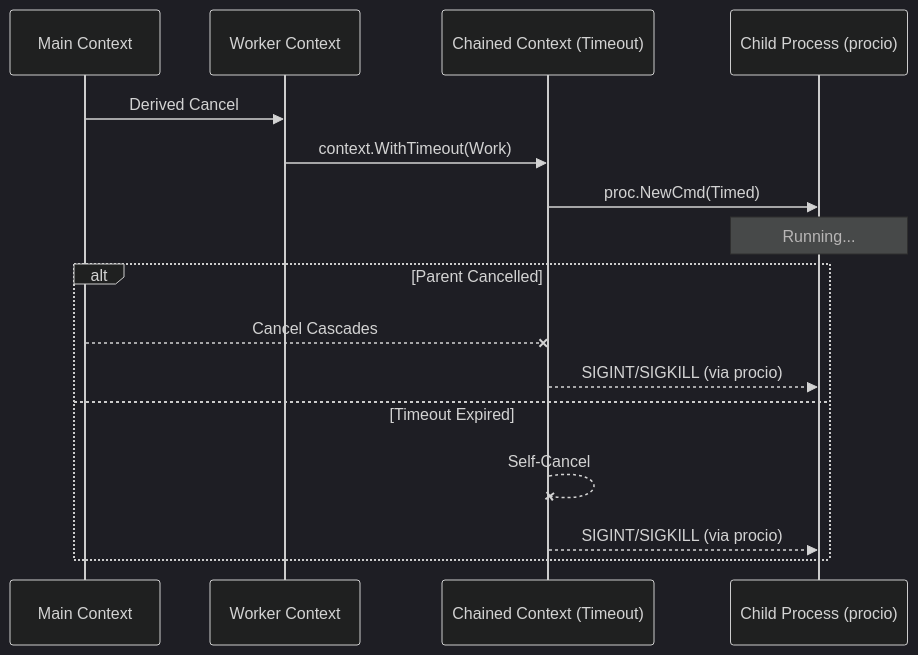
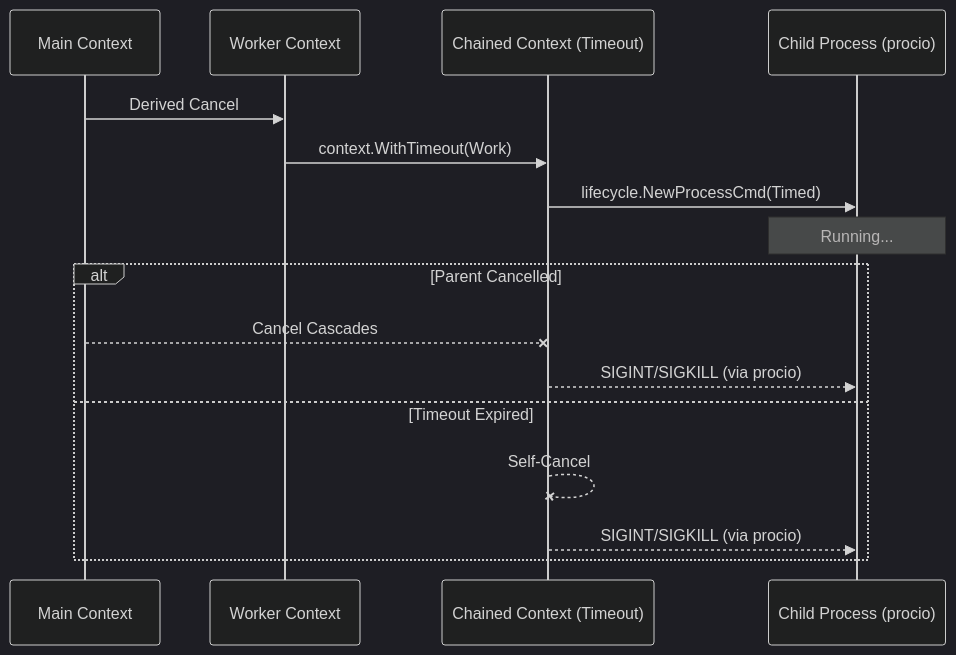
Before and after one commit to aretw0/lifecycle: the fourth of 9 diagrams in docs/TECHNICAL.md, drawn with Mermaid (dark theme). The commit also changed other lines of this file and 4 other files, not shown here.

````diff
--- a/docs/TECHNICAL.md
+++ b/docs/TECHNICAL.md
@@ -289,21 +300,21 @@
 ```mermaid
 sequenceDiagram
     participant Main as Main Context
     participant Work as Worker Context
     participant Timed as Chained Context (Timeout)
     participant Child as Child Process (procio)
 
     Main->>Work: Derived Cancel
     Work->>Timed: context.WithTimeout(Work)
-    Timed->>Child: proc.NewCmd(Timed)
+    Timed->>Child: lifecycle.NewProcessCmd(Timed)
 
     Note over Child: Running...
 
     alt Parent Cancelled
         Main--xTimed: Cancel Cascades
         Timed-->>Child: SIGINT/SIGKILL (via procio)
     else Timeout Expired
         Timed--xTimed: Self-Cancel
         Timed-->>Child: SIGINT/SIGKILL (via procio)
     end
 ```
````
